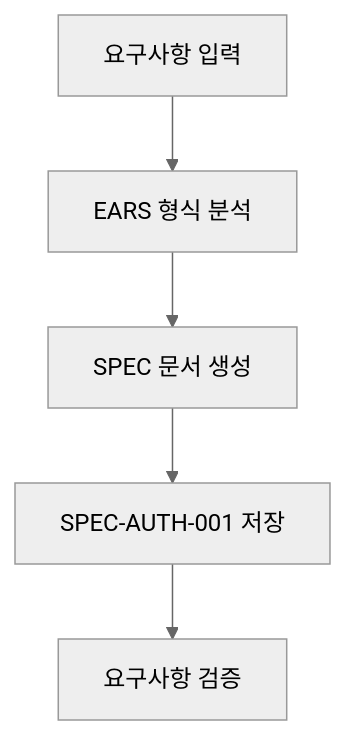
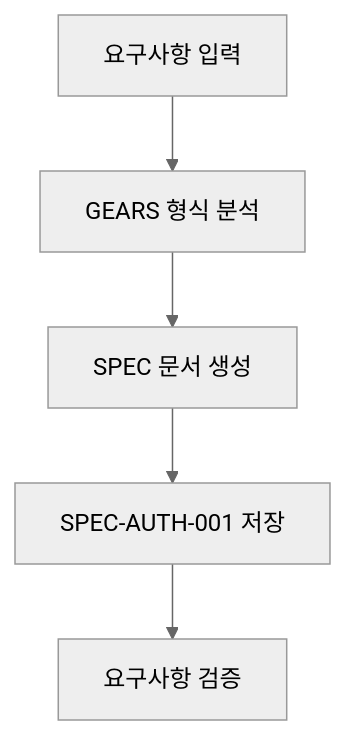
Before and after one commit to modu-ai/moai-adk: the second of 9 diagrams in docs-site/content/ko/getting-started/quickstart.md, drawn with Mermaid (neutral theme). The commit also changed other lines of this file and 15 other files, not shown here.

````diff
--- a/docs-site/content/ko/getting-started/quickstart.md
+++ b/docs-site/content/ko/getting-started/quickstart.md
@@ -97,7 +97,7 @@
 ```mermaid
 flowchart TB
-    A["요구사항 입력"] --> B["EARS 형식 분석"]
+    A["요구사항 입력"] --> B["GEARS 형식 분석"]
     B --> C["SPEC 문서 생성"]
     C --> D["SPEC-AUTH-001 저장"]
     D --> E["요구사항 검증"]
 ```
````
